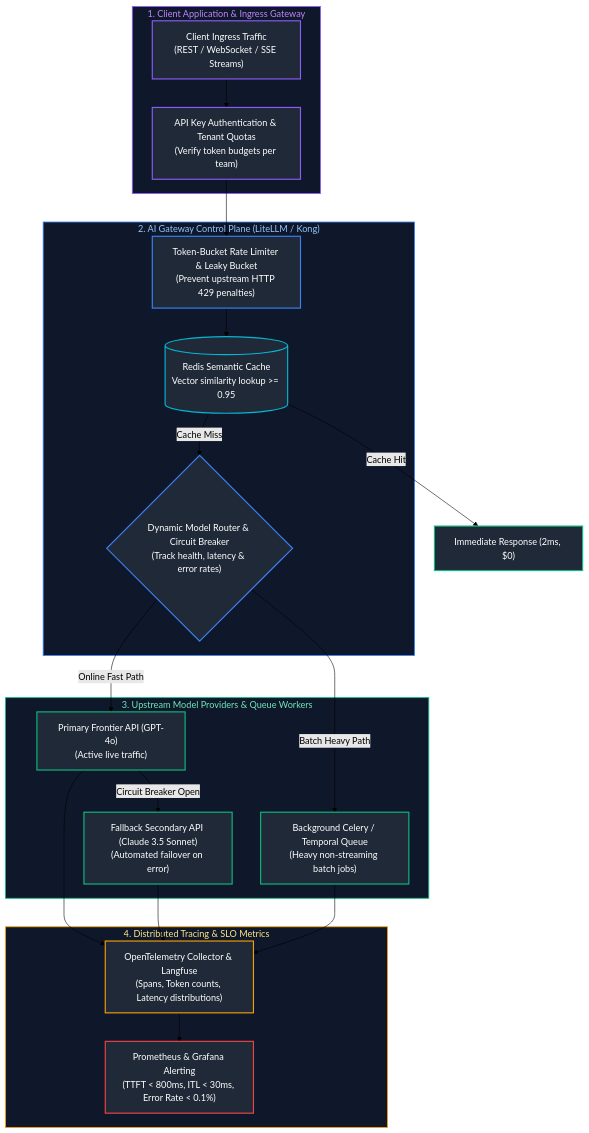
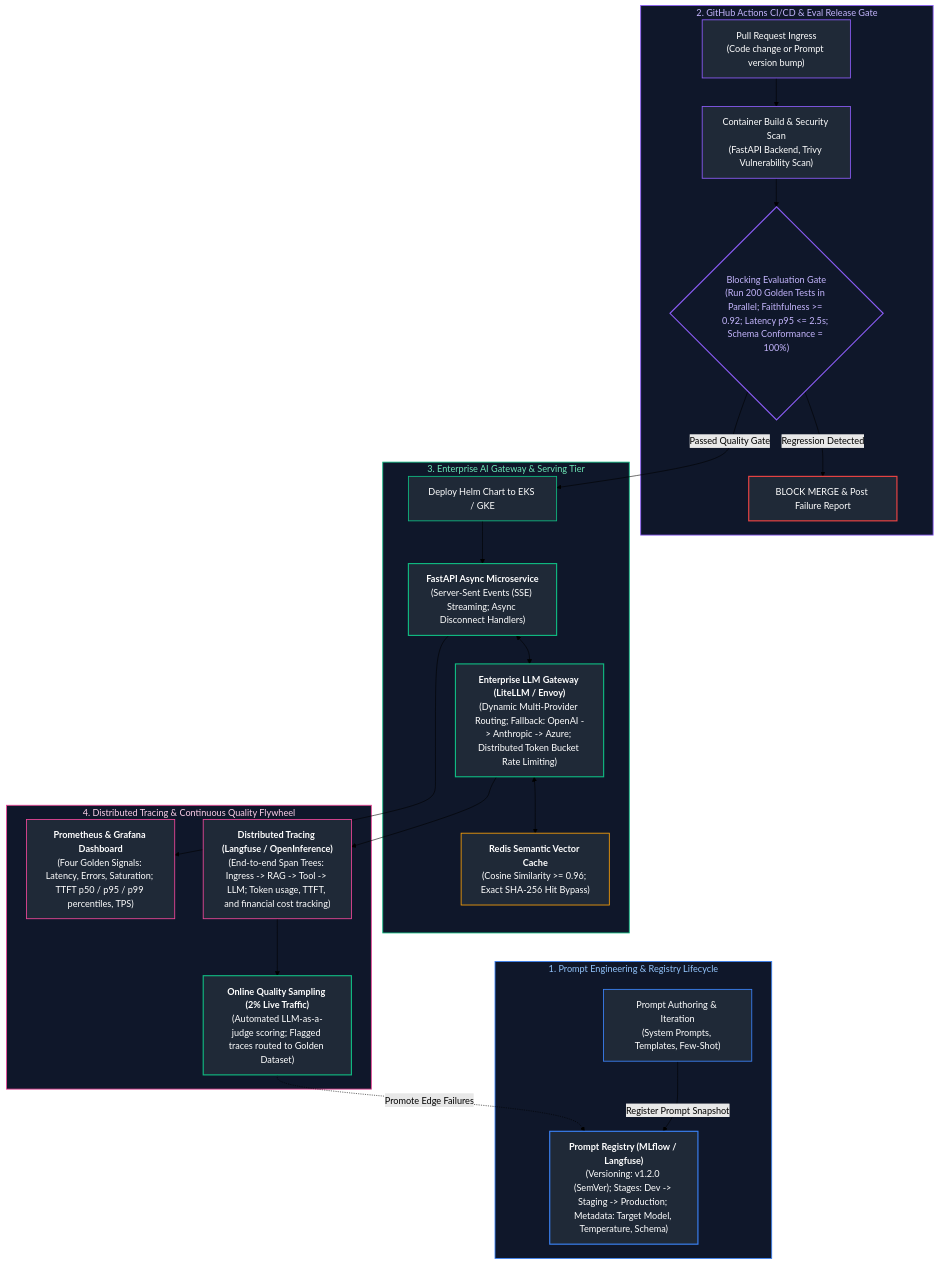
The first of 15 diagrams in AI Engineering/11_llmops_gateways_and_production_operations.md (joydeep-biswas/Interview-Preparation), drawn with Mermaid (forest theme) before and after one commit. The commit also changed other lines of this file and 143 other files, not shown here.

````diff
--- a/AI Engineering/11_llmops_gateways_and_production_operations.md
+++ b/AI Engineering/11_llmops_gateways_and_production_operations.md
@@ -9,52 +11,57 @@
 ```mermaid
 flowchart TD
-    subgraph ClientAndIngress ["1. Client Application & Ingress Gateway"]
-        AppTraffic["Client Ingress Traffic<br/>(REST / WebSocket / SSE Streams)"]
-        AuthQuota["API Key Authentication & Tenant Quotas<br/>(Verify token budgets per team)"]
-        AppTraffic --> AuthQuota
+    subgraph DevelopmentAndRegistry ["1. Prompt Engineering & Registry Lifecycle"]
+        DevPrompt["Prompt Authoring & Iteration<br/>(System Prompts, Templates, Few-Shot)"]
+        MLflowRegistry["<b>Prompt Registry (MLflow / Langfuse)</b><br/>(Versioning: v1.2.0 (SemVer); Stages: Dev -> Staging -> Production; Metadata: Target Model, Temperature, Schema)"]
+        DevPrompt -->|"Register Prompt Snapshot"| MLflowRegistry
     end
 
-    subgraph GatewayControlPlane ["2. AI Gateway Control Plane (LiteLLM / Kong)"]
-        RateLimiter["Token-Bucket Rate Limiter & Leaky Bucket<br/>(Prevent upstream HTTP 429 penalties)"]
-        SemanticCache[(Redis Semantic Cache<br/>Vector similarity lookup >= 0.95)]
-        Router{"Dynamic Model Router & Circuit Breaker<br/>(Track health, latency & error rates)"}
-        AuthQuota --> RateLimiter --> SemanticCache
-        SemanticCache -- Cache Miss --> Router
+    subgraph CICDAutomation ["2. GitHub Actions CI/CD & Eval Release Gate"]
+        GitCommit["Pull Request Ingress<br/>(Code change or Prompt version bump)"]
+        DockerBuild["Container Build & Security Scan<br/>(FastAPI Backend, Trivy Vulnerability Scan)"]
+        EvalGate{"Blocking Evaluation Gate<br/>(Run 200 Golden Tests in Parallel; Faithfulness >= 0.92; Latency p95 <= 2.5s; Schema Conformance = 100%)"}
+        
+        GitCommit --> DockerBuild --> EvalGate
+        EvalGate -- "Regression Detected" --> BlockPR["BLOCK MERGE & Post Failure Report"]
     end
 
-    subgraph UpstreamProviders ["3. Upstream Model Providers & Queue Workers"]
-        PrimaryModel["Primary Frontier API (GPT-4o)<br/>(Active live traffic)"]
-        FallbackModel["Fallback Secondary API (Claude 3.5 Sonnet)<br/>(Automated failover on error)"]
-        AsyncQueue["Background Celery / Temporal Queue<br/>(Heavy non-streaming batch jobs)"]
-        Router -- Online Fast Path --> PrimaryModel
-        PrimaryModel -- Circuit Breaker Open --> FallbackModel
-        Router -- Batch Heavy Path --> AsyncQueue
+    subgraph ProductionGateway ["3. Enterprise AI Gateway & Serving Tier"]
+        EvalGate -- "Passed Quality Gate" --> HelmDeploy["Deploy Helm Chart to EKS / GKE"]
+        FastAPIPod["<b>FastAPI Async Microservice</b><br/>(Server-Sent Events (SSE) Streaming; Async Disconnect Handlers)"]
+        AIGateway["<b>Enterprise LLM Gateway (LiteLLM / Envoy)</b><br/>(Dynamic Multi-Provider Routing; Fallback: OpenAI -> Anthropic -> Azure; Distributed Token Bucket Rate Limiting)"]
+        SemanticCache["<b>Redis Semantic Vector Cache</b><br/>(Cosine Similarity >= 0.96; Exact SHA-256 Hit Bypass)"]
+
+        HelmDeploy --> FastAPIPod
+        FastAPIPod <--> AIGateway
+        AIGateway <--> SemanticCache
     end
 
-    subgraph ObservabilitySLO ["4. Distributed Tracing & SLO Metrics"]
-        OTelCollector["OpenTelemetry Collector & Langfuse<br/>(Spans, Token counts, Latency distributions)"]
-        SLOEngine["Prometheus & Grafana Alerting<br/>(TTFT < 800ms, ITL < 30ms, Error Rate < 0.1%)"]
-        PrimaryModel --> OTelCollector
-        FallbackModel --> OTelCollector
-        AsyncQueue --> OTelCollector
-        OTelCollector --> SLOEngine
+    subgraph ObservabilityAndTelemetry ["4. Distributed Tracing & Continuous Quality Flywheel"]
+        LangfuseTracing["<b>Distributed Tracing (Langfuse / OpenInference)</b><br/>(End-to-end Span Trees: Ingress -> RAG -> Tool -> LLM; Token usage, TTFT, and financial cost tracking)"]
+        PrometheusMetrics["<b>Prometheus & Grafana Dashboard</b><br/>(Four Golden Signals: Latency, Errors, Saturation; TTFT p50 / p95 / p99 percentiles, TPS)"]
+        OnlineQualityEval["<b>Online Quality Sampling (2% Live Traffic)</b><br/>(Automated LLM-as-a-judge scoring; Flagged traces routed to Golden Dataset)"]
+
+        AIGateway --> LangfuseTracing
+        FastAPIPod --> PrometheusMetrics
+        LangfuseTracing --> OnlineQualityEval
+        OnlineQualityEval -.->|"Promote Edge Failures"| MLflowRegistry
     end
 
-    SemanticCache -- Cache Hit --> ImmediateResp["Immediate Response (2ms, $0)"]
-
-    style ClientAndIngress fill:#0f172a,stroke:#8b5cf6,stroke-width:1.5px,color:#c084fc
-    style GatewayControlPlane fill:#0f172a,stroke:#3b82f6,stroke-width:1.5px,color:#93c5fd
-    style UpstreamProviders fill:#0f172a,stroke:#10b981,stroke-width:1.5px,color:#6ee7b7
-    style ObservabilitySLO fill:#0f172a,stroke:#f59e0b,stroke-width:1.5px,color:#fde68a
-    style AppTraffic fill:#1f2937,stroke:#8b5cf6,stroke-width:2px,color:#fff
-    style AuthQuota fill:#1f2937,stroke:#8b5cf6,stroke-width:2px,color:#fff
-    style RateLimiter fill:#1f2937,stroke:#3b82f6,stroke-width:2px,color:#fff
-    style SemanticCache fill:#1f2937,stroke:#06b6d4,stroke-width:2px,color:#fff
-    style Router fill:#1f2937,stroke:#3b82f6,stroke-width:2px,color:#fff
-    style PrimaryModel fill:#1f2937,stroke:#10b981,stroke-width:2px,color:#fff
-    style FallbackModel fill:#1f2937,stroke:#10b981,stroke-width:2px,color:#fff
-    style AsyncQueue fill:#1f2937,stroke:#10b981,stroke-width:2px,color:#fff
-    style OTelCollector fill:#1f2937,stroke:#f59e0b,stroke-width:2px,color:#fff
-    style SLOEngine fill:#1f2937,stroke:#ef4444,stroke-width:2px,color:#fff
-    style ImmediateResp fill:#1f2937,stroke:#10b981,stroke-width:2px,color:#fff
+    style DevelopmentAndRegistry fill:#0f172a,stroke:#3b82f6,stroke-width:1.5px,color:#93c5fd
+    style CICDAutomation fill:#0f172a,stroke:#8b5cf6,stroke-width:1.5px,color:#c4b5fd
+    style ProductionGateway fill:#0f172a,stroke:#10b981,stroke-width:1.5px,color:#6ee7b7
+    style ObservabilityAndTelemetry fill:#0f172a,stroke:#ec4899,stroke-width:1.5px,color:#fbcfe8
+    style DevPrompt fill:#1f2937,stroke:#3b82f6,stroke-width:1.5px,color:#fff
+    style MLflowRegistry fill:#1f2937,stroke:#3b82f6,stroke-width:2px,color:#fff
+    style GitCommit fill:#1f2937,stroke:#8b5cf6,stroke-width:1.5px,color:#fff
+    style DockerBuild fill:#1f2937,stroke:#8b5cf6,stroke-width:1.5px,color:#fff
+    style EvalGate fill:#0f172a,stroke:#8b5cf6,stroke-width:2px,color:#c4b5fd
+    style BlockPR fill:#1f2937,stroke:#ef4444,stroke-width:2px,color:#fff
+    style HelmDeploy fill:#1f2937,stroke:#10b981,stroke-width:1.5px,color:#fff
+    style FastAPIPod fill:#1f2937,stroke:#10b981,stroke-width:2px,color:#fff
+    style AIGateway fill:#1f2937,stroke:#10b981,stroke-width:2px,color:#fff
+    style SemanticCache fill:#1f2937,stroke:#f59e0b,stroke-width:1.5px,color:#fff
+    style LangfuseTracing fill:#1f2937,stroke:#ec4899,stroke-width:1.5px,color:#fff
+    style PrometheusMetrics fill:#1f2937,stroke:#ec4899,stroke-width:1.5px,color:#fff
+    style OnlineQualityEval fill:#1f2937,stroke:#10b981,stroke-width:2px,color:#fff
 ```
````
